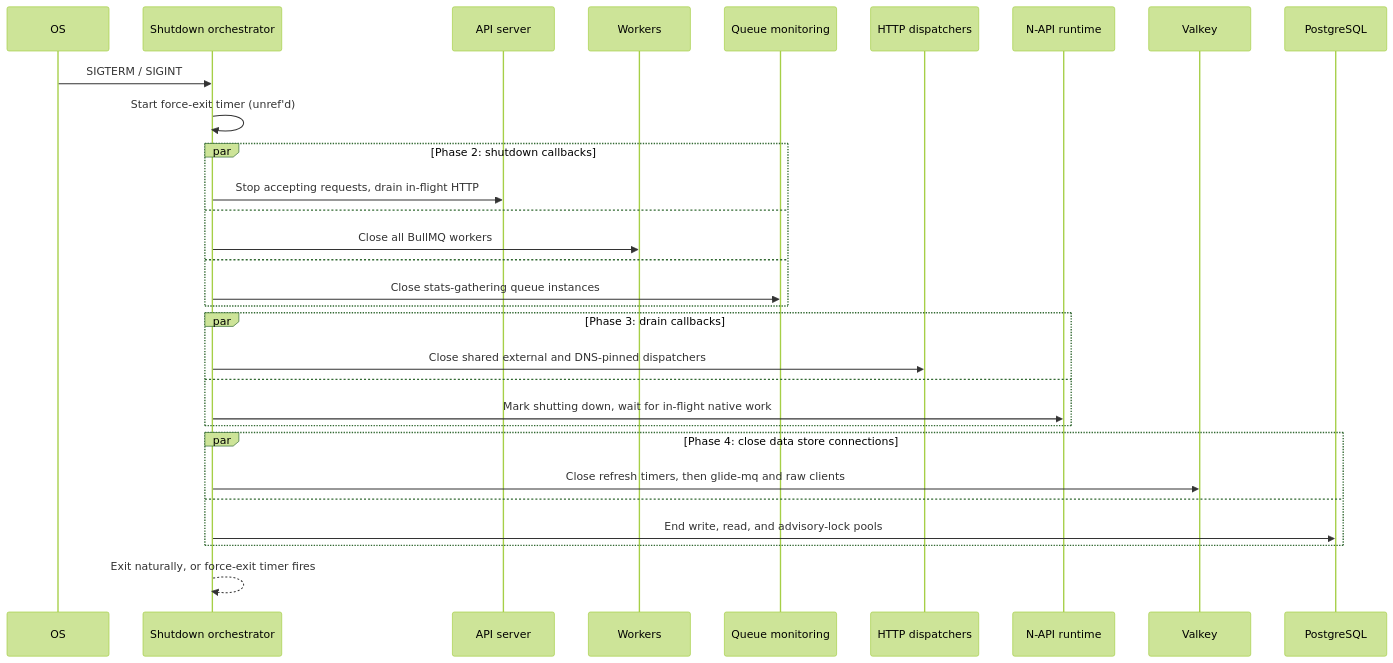
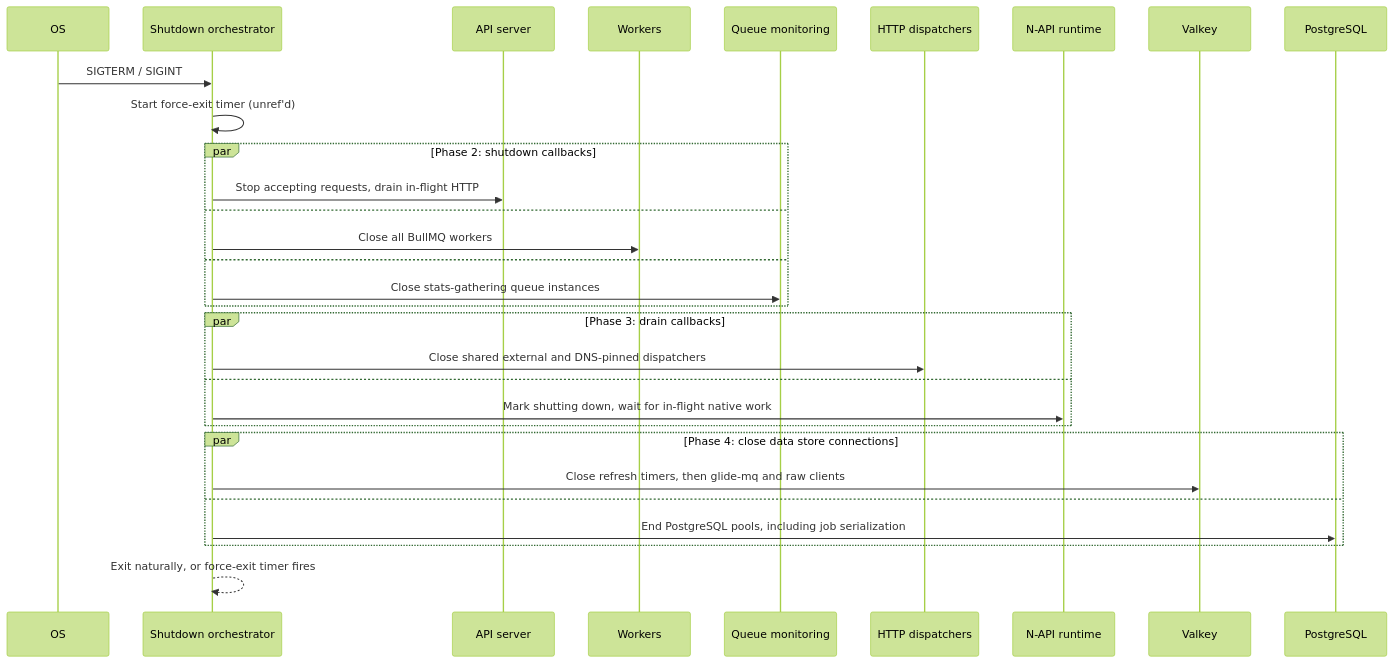
One commit to vouchington/vouchington changed the diagram in docs/overview/architecture/graceful-shutdown.md. Above: the diagram before and after it, drawn with Mermaid (forest theme). The commit also changed other lines of this file and 33 other files, not shown here.

````diff
--- a/docs/overview/architecture/graceful-shutdown.md
+++ b/docs/overview/architecture/graceful-shutdown.md
@@ -9,33 +9,33 @@
 ```mermaid
 sequenceDiagram
   participant OS
   participant O as Shutdown orchestrator
   participant API as API server
   participant W as Workers
   participant QM as Queue monitoring
   participant H as HTTP dispatchers
   participant N as N-API runtime
   participant V as Valkey
   participant P as PostgreSQL
 
   OS->>O: SIGTERM / SIGINT
   O->>O: Start force-exit timer (unref'd)
   par Phase 2: shutdown callbacks
     O->>API: Stop accepting requests, drain in-flight HTTP
   and
     O->>W: Close all BullMQ workers
   and
     O->>QM: Close stats-gathering queue instances
   end
   par Phase 3: drain callbacks
     O->>H: Close shared external and DNS-pinned dispatchers
   and
     O->>N: Mark shutting down, wait for in-flight native work
   end
   par Phase 4: close data store connections
     O->>V: Close refresh timers, then glide-mq and raw clients
   and
-    O->>P: End write, read, and advisory-lock pools
+    O->>P: End PostgreSQL pools, including job serialization
   end
   O-->>O: Exit naturally, or force-exit timer fires
 ```
````
